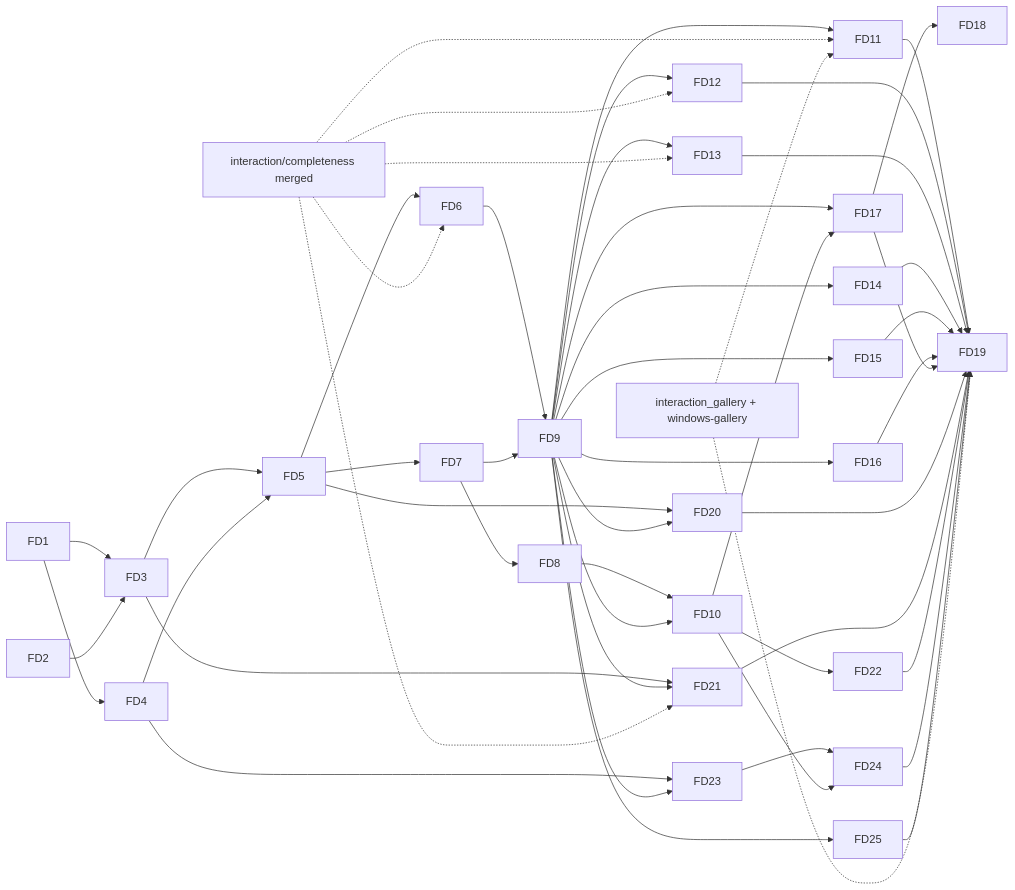
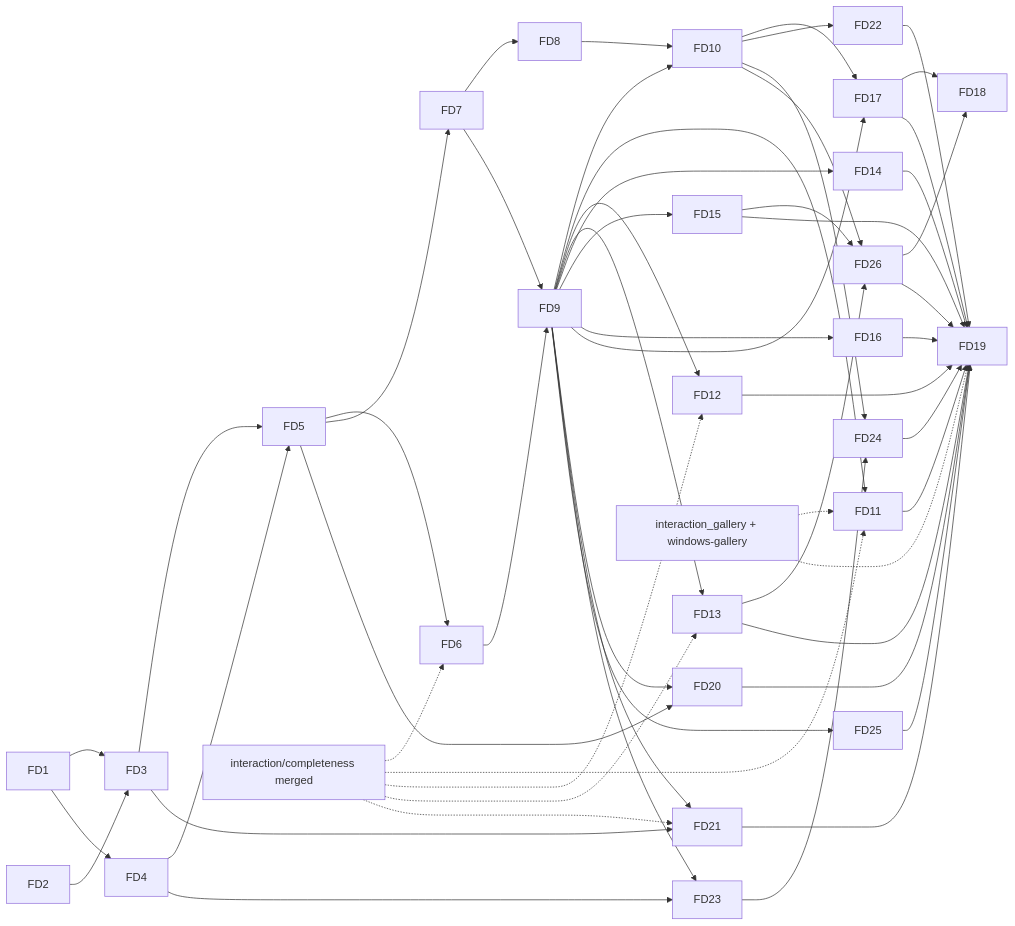
The diagram in docs/plans/specs/flui-driver/tasks.md (vanyastaff/flui), drawn with Mermaid before and after one commit. The commit also changed other lines of this file and 3 other files, not shown here.

````diff
--- a/docs/plans/specs/flui-driver/tasks.md
+++ b/docs/plans/specs/flui-driver/tasks.md
@@ -40,20 +40,21 @@
 ```mermaid
 graph LR
   FD1 --> FD3 & FD4
   FD2 --> FD3
   FD3 & FD4 --> FD5 --> FD6 & FD7
   FD7 --> FD8
   FD6 & FD7 --> FD9
   FD8 & FD9 --> FD10
   FD9 --> FD11 & FD12 & FD13 & FD14 & FD15 & FD16
   FD9 & FD10 --> FD17 --> FD18
   FD5 & FD9 --> FD20
   FD3 & FD9 --> FD21
   FD10 --> FD22
   FD4 & FD9 --> FD23 --> FD24
   FD10 --> FD24
   FD9 --> FD25
-  FD11 & FD12 & FD13 & FD14 & FD15 & FD16 & FD17 & FD20 & FD21 & FD22 & FD24 & FD25 --> FD19
+  FD10 & FD13 & FD15 --> FD26 --> FD18
+  FD11 & FD12 & FD13 & FD14 & FD15 & FD16 & FD17 & FD20 & FD21 & FD22 & FD24 & FD25 & FD26 --> FD19
   IC["interaction/completeness merged"] -.-> FD6 & FD11 & FD12 & FD13 & FD21
   GAL["interaction_gallery + windows-gallery"] -.-> FD11 & FD19
 ```
````
